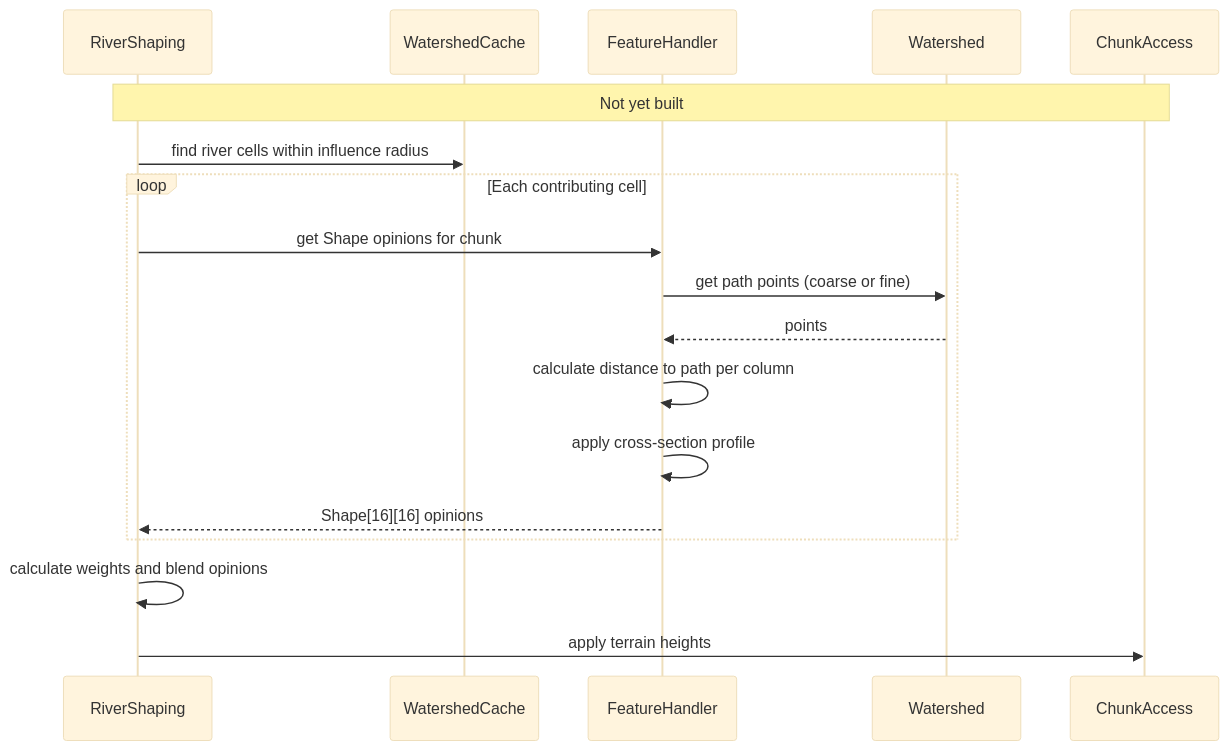
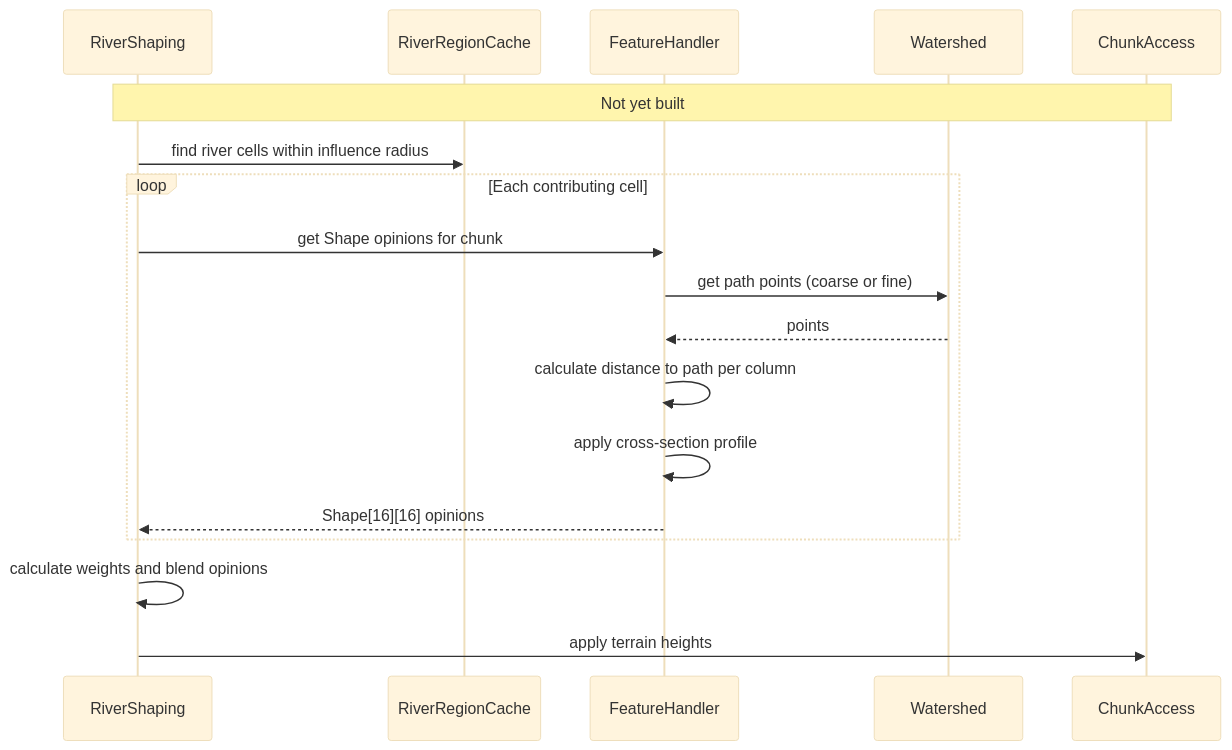
One commit to SoSly/RiverTale changed diagram 20 of 22 in docs/features/rivers/Rough Diagrams.md. Above: the diagram before and after it, drawn with Mermaid (base theme). The commit also changed other lines of this file and 39 other files, not shown here.

````diff
--- a/docs/features/rivers/Rough Diagrams.md
+++ b/docs/features/rivers/Rough Diagrams.md
@@ -644,24 +622,24 @@
 ```mermaid
 sequenceDiagram
     participant RiverShaping
-    participant WatershedCache
+    participant RiverRegionCache
     participant FeatureHandler
     participant Watershed
     participant ChunkAccess
 
     Note over RiverShaping,ChunkAccess: Not yet built
 
-    RiverShaping ->> WatershedCache: find river cells within influence radius
+    RiverShaping ->> RiverRegionCache: find river cells within influence radius
 
     loop Each contributing cell
         RiverShaping ->> FeatureHandler: get Shape opinions for chunk
         FeatureHandler ->> Watershed: get path points (coarse or fine)
         Watershed -->> FeatureHandler: points
         FeatureHandler ->> FeatureHandler: calculate distance to path per column
         FeatureHandler ->> FeatureHandler: apply cross-section profile
         FeatureHandler -->> RiverShaping: Shape[16][16] opinions
     end
 
     RiverShaping ->> RiverShaping: calculate weights and blend opinions
     RiverShaping ->> ChunkAccess: apply terrain heights
 ```
````
